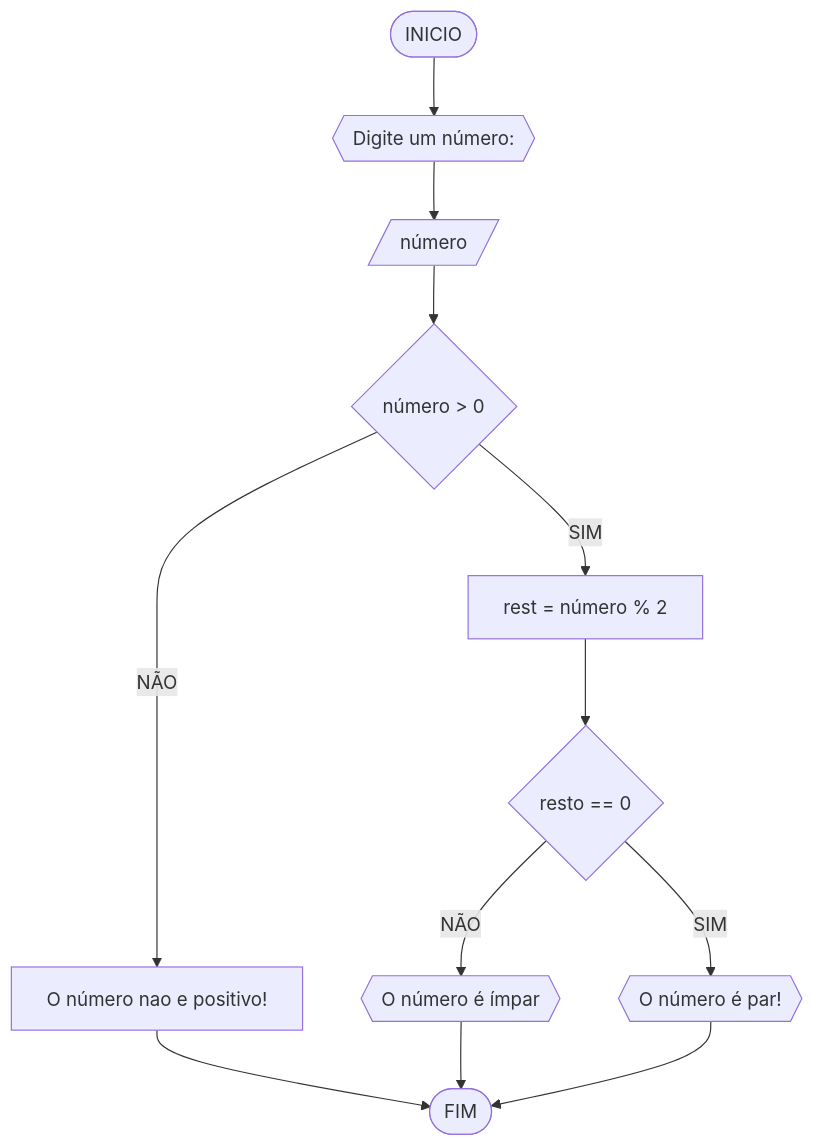
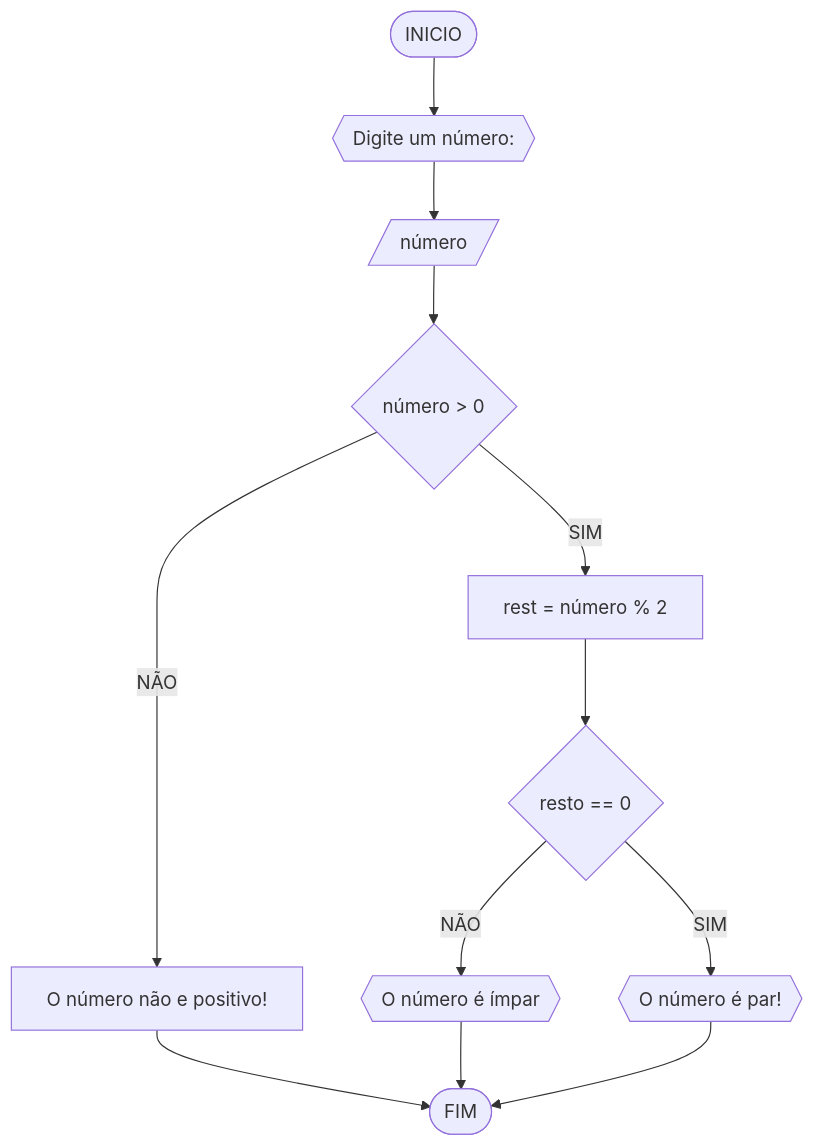
One commit to IamTheNewGhost57/Unifor changed the diagram in RLA/lista_exercícios.md. Above: the diagram before and after it, drawn with Mermaid. The commit also changed other lines of this file, not shown here.

````diff
--- a/RLA/lista_exercícios.md
+++ b/RLA/lista_exercícios.md
@@ -8,14 +8,14 @@
 ```mermaid
 flowchart TD  
   A([INICIO]) --> B{{Digite um número: }}
   B --> C[/número/]
   C --> D{número > 0}
-  D --NÃO--> E[O número nao e positivo!]
+  D --NÃO--> E[O número não e positivo!]
   D --SIM--> F[rest = número % 2]
   E --> Z([FIM])
   F --> G{resto == 0}
   G --NÃO--> H{{O número é ímpar}}
   G --SIM--> I{{O número é par!}}
   H --> Z
   I --> Z
 ```
````
